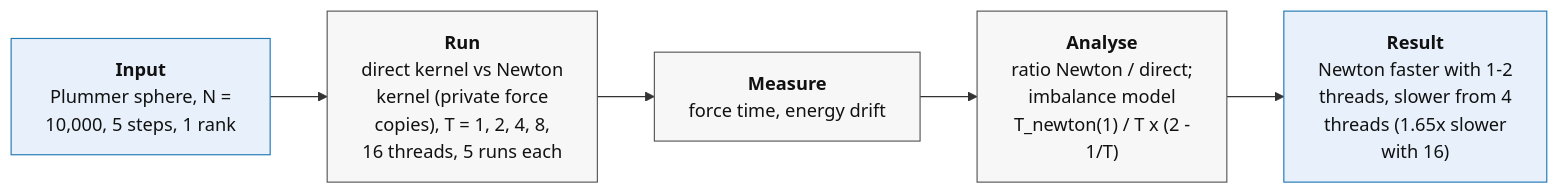
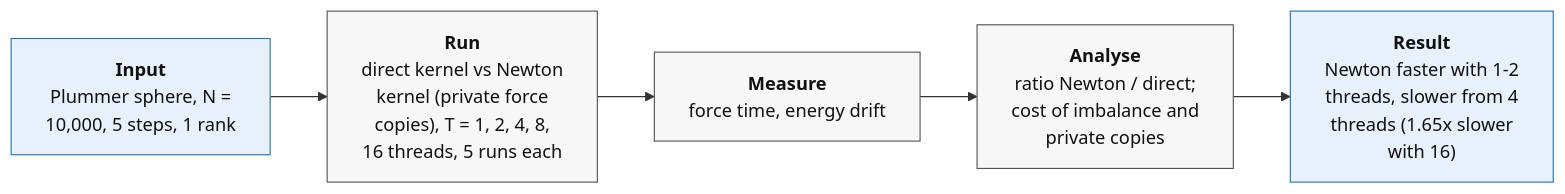
Before and after one commit to emmadariol/HPC_exam: the seventh of 16 diagrams in Nbody_serial/FINAL_REPORT.md, drawn with Mermaid. The commit also changed other lines of this file and 3 other files, not shown here.

````diff
--- a/Nbody_serial/FINAL_REPORT.md
+++ b/Nbody_serial/FINAL_REPORT.md
@@ -582,13 +514,13 @@
 ```mermaid
 flowchart LR
   A["<b>Input</b><br/>Plummer sphere, N =<br/>10,000, 5 steps, 1 rank"]
   B["<b>Run</b><br/>direct kernel vs Newton<br/>kernel (private force<br/>copies), T = 1, 2, 4, 8,<br/>16 threads, 5 runs each"]
   C["<b>Measure</b><br/>force time, energy drift"]
-  D["<b>Analyse</b><br/>ratio Newton / direct;<br/>imbalance model<br/>T_newton(1) / T x (2 -<br/>1/T)"]
+  D["<b>Analyse</b><br/>ratio Newton / direct;<br/>cost of imbalance and<br/>private copies"]
   E["<b>Result</b><br/>Newton faster with 1-2<br/>threads, slower from 4<br/>threads (1.65x slower<br/>with 16)"]
   A --> B --> C --> D --> E
   classDef io fill:#e8f1fb,stroke:#1f77b4,color:#111;
   classDef step fill:#f7f7f7,stroke:#555,color:#111;
   class A,E io;
   class B,C,D step;
 ```
````
